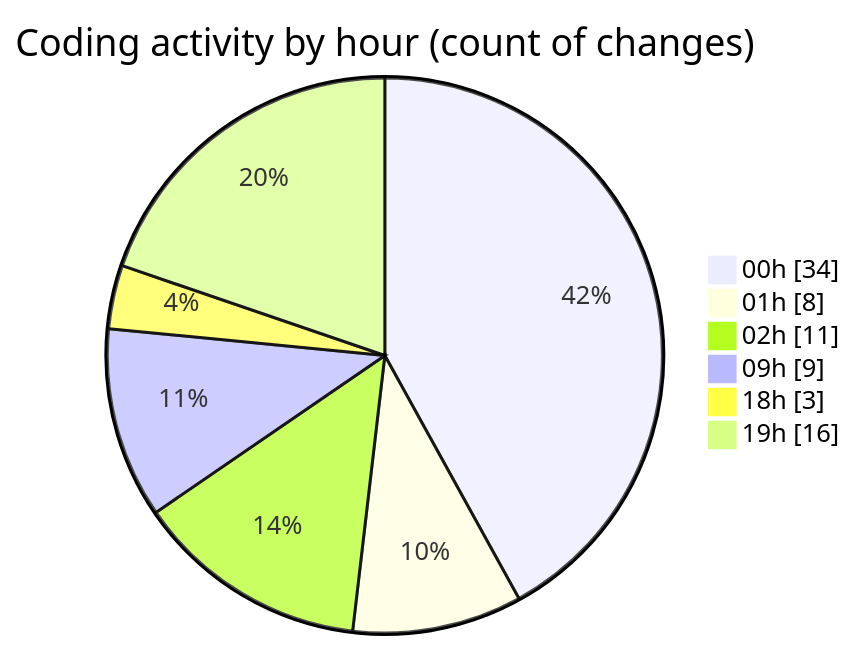
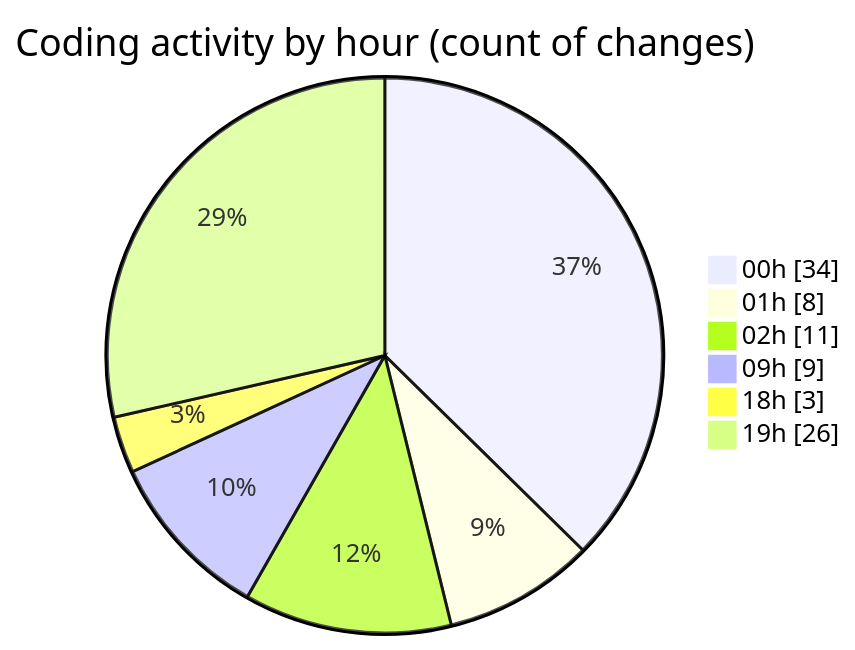
The second of 2 diagrams in 2025-05-18/niten/README.md (Elitesun/code-tracking), drawn with Mermaid before and after one commit. The commit also changed other lines of this file and 1 other file, not shown here.

````diff
--- a/2025-05-18/niten/README.md
+++ b/2025-05-18/niten/README.md
@@ -52,10 +57,10 @@
 ```mermaid
 pie showData
 title Coding activity by hour (count of changes)
 "00h" : 34
 "01h" : 8
 "02h" : 11
 "09h" : 9
 "18h" : 3
-"19h" : 16
+"19h" : 26
 ```
````
